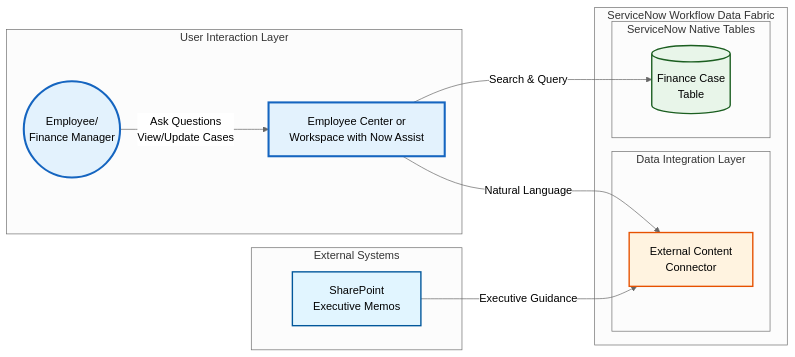
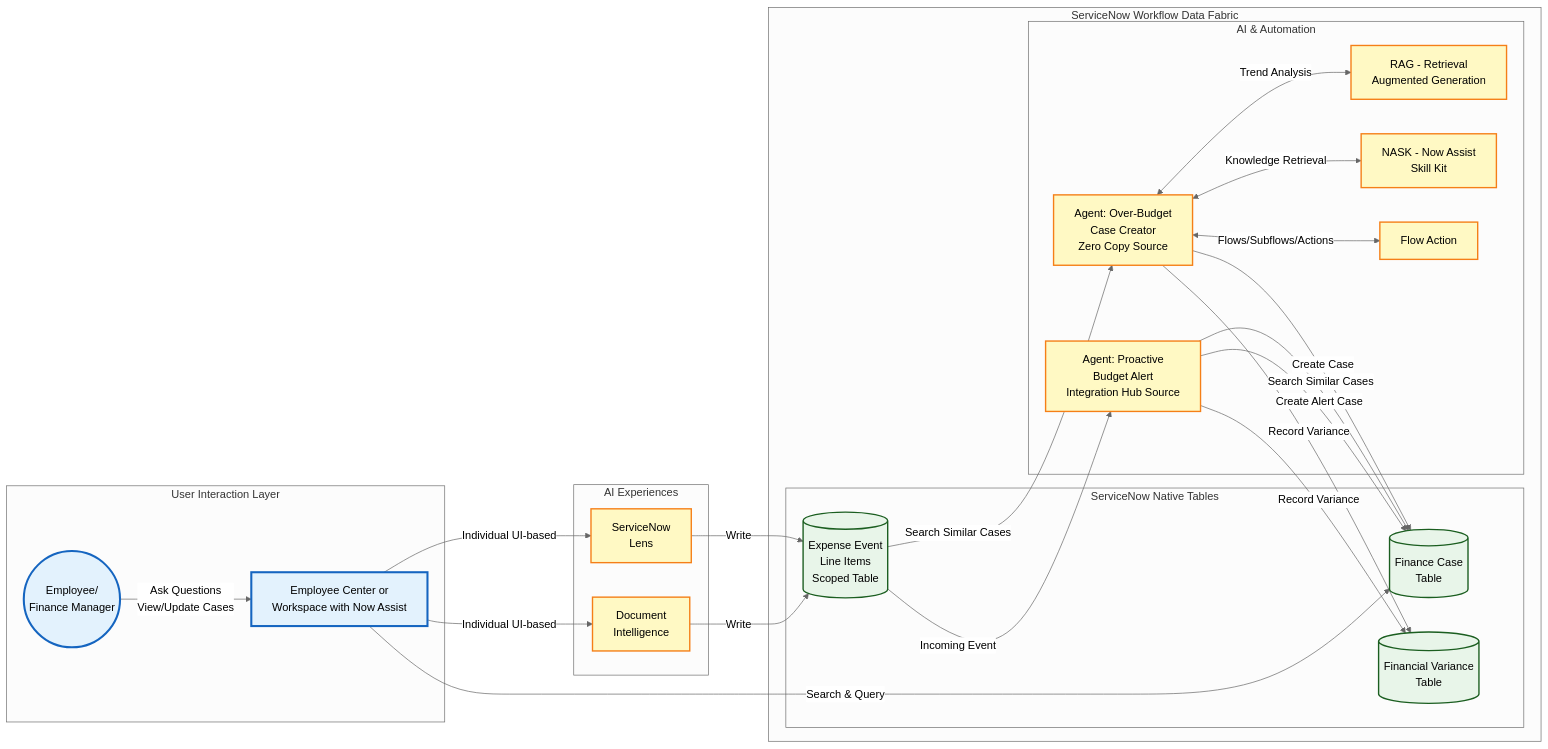
Before and after one commit to leojacinto/WorkflowDataFabric-TypeA: the diagram in 5_Lens_and_DocIntel.md, drawn with Mermaid (neutral theme). The commit also changed other lines of this file, not shown here.

Commit message:
GITBOOK-23: No subject

````diff
--- a/5_Lens_and_DocIntel.md
+++ b/5_Lens_and_DocIntel.md
@@ -13,41 +13,69 @@
 ```mermaid
 graph LR
     subgraph "User Interaction Layer"
         Employee((Employee/<br/>Finance Manager))
-        EC[Employee Center or<br/> Workspace with Now Assist]
+        EC[Employee Center or<br/>Workspace with Now Assist]
     end
 
-    subgraph "External Systems"
-        SharePoint[SharePoint<br/>Executive Memos]
+
+
+    subgraph "AI Experiences"
+        Lens["ServiceNow</br>Lens"]
+        DocIntel["Document</br>Intelligence"]
     end
 
     subgraph "ServiceNow Workflow Data Fabric"
-        subgraph "Data Integration Layer"
-            ExtContent[External Content<br/>Connector]
+
+        subgraph "ServiceNow Native Tables"
+            ExpenseTable[(Expense Event<br/>Line Items<br/>Scoped Table)]
+            FinCase[(Finance Case<br/>Table)]
+            FinVar[(Financial Variance<br/>Table)]
         end
 
-        subgraph "ServiceNow Native Tables"
-            FinCase[(Finance Case<br/>Table)]
+        subgraph "AI & Automation"
+            Agent1[Agent: Over-Budget<br/>Case Creator<br/>Zero Copy Source]
+            Agent2[Agent: Proactive<br/>Budget Alert<br/>Integration Hub Source]
+            RAG[RAG - Retrieval<br/>Augmented Generation]
+            NASK[NASK - Now Assist<br/>Skill Kit]
+            FlowAction[Flow Action]
         end
     end
 
+
     %% Data Flow Connections
-    SharePoint -->|Executive Guidance| ExtContent
+    EC -->|Individual UI-based| Lens -->|Write| ExpenseTable
+    EC -->|Individual UI-based| DocIntel -->|Write| ExpenseTable
+
+    %% Agent 1 Workflow - Zero Copy Source
+    ExpenseTable -->|Search Similar Cases| Agent1
+    Agent1 -->|Create Case| FinCase
+    Agent1 <-->|Trend Analysis| RAG
+    Agent1 <-->|Knowledge Retrieval| NASK
+    Agent1 <-->|Flows/Subflows/Actions| FlowAction
+    Agent1 -->|Record Variance| FinVar
+
+    %% Agent 2 Workflow - Integration Hub Source
+    ExpenseTable -->|Incoming Event| Agent2
+    Agent2 -->|Search Similar Cases| FinCase
+    Agent2 -->|Create Alert Case| FinCase
+    Agent2 -->|Record Variance| FinVar
 
     %% User Interaction Connections
     Employee -->|Ask Questions<br/>View/Update Cases| EC
     EC -->|Search & Query| FinCase
-    EC -->|Natural Language| ExtContent
+
 
     %% Styling
     classDef external fill:#e1f5ff,stroke:#01579b,stroke-width:2px
     classDef integration fill:#fff3e0,stroke:#e65100,stroke-width:2px
+    classDef zeroCopy fill:#f3e5f5,stroke:#4a148c,stroke-width:2px
     classDef native fill:#e8f5e9,stroke:#1b5e20,stroke-width:2px
     classDef ai fill:#fff9c4,stroke:#f57f17,stroke-width:2px
     classDef user fill:#e3f2fd,stroke:#1565c0,stroke-width:3px
 
-    class SharePoint external
-    class ExtContent integration
-    class FinCase native
+    class ERP,ExpenseAPI,SharePoint,CDW,MockERP,MockExpense external
+    class ZeroCopySQL,ZeroCopyERP,IntHub,ExtContent integration
+    class ExpenseTable,FinCase,FinVar native
+    class Agent1,Agent2,RAG,NASK,FlowAction,MCP,GGraph,NLQuery,Lens,DocIntel ai
     class Employee,EC user
 ```
````
